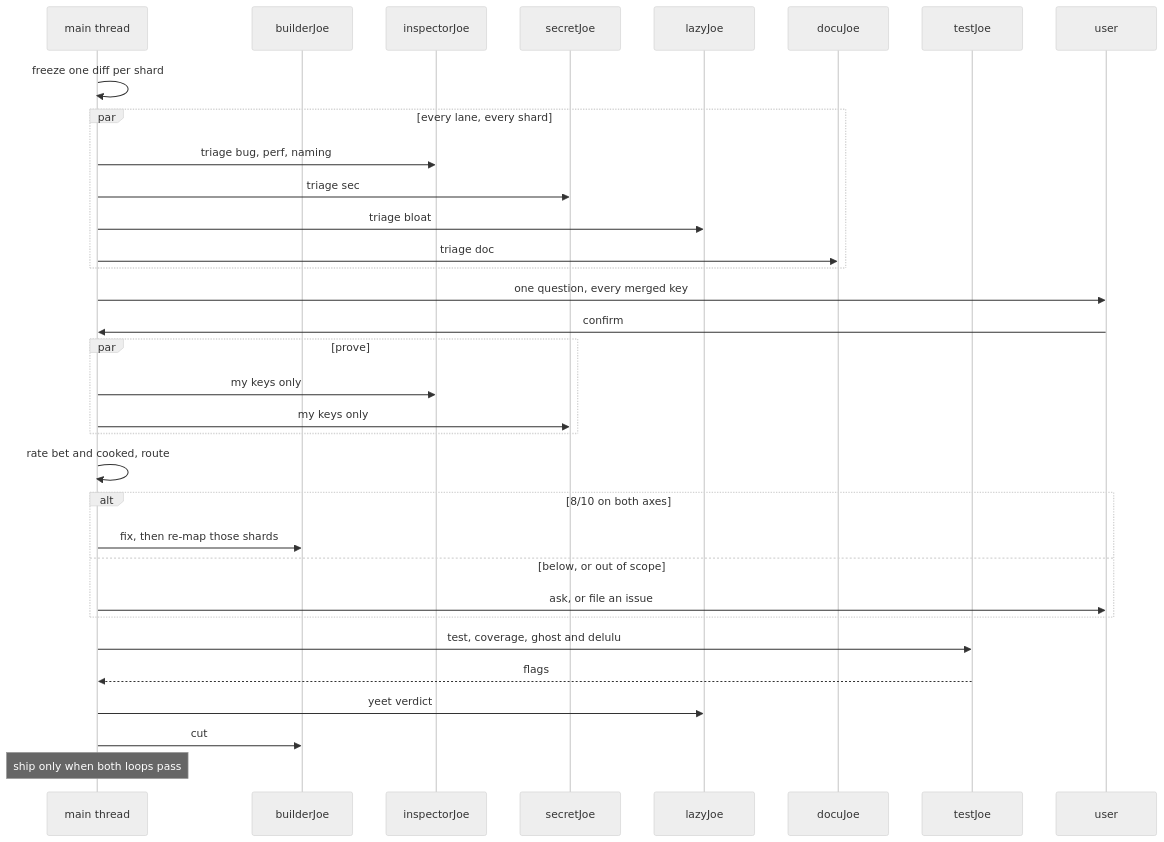
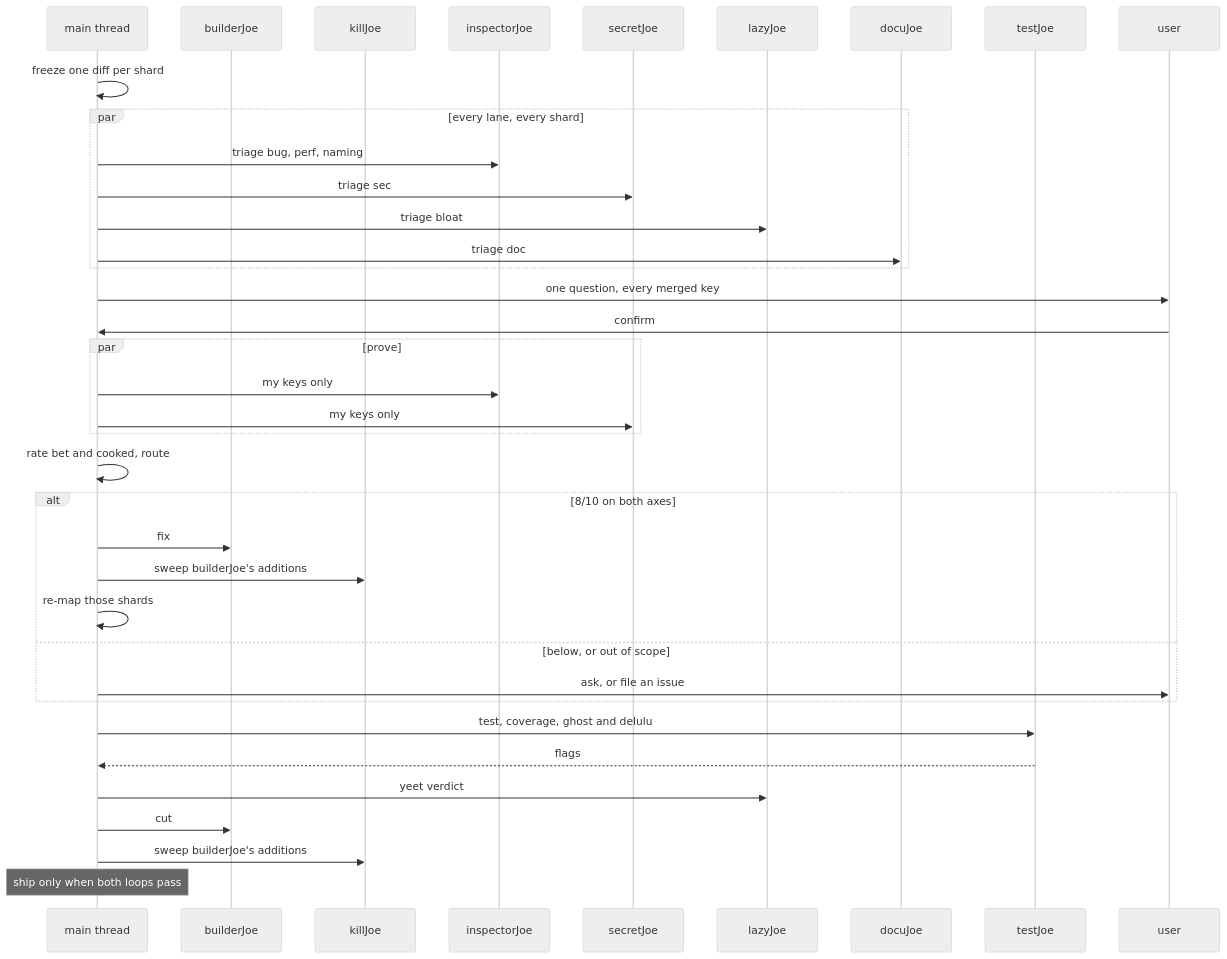
The diagram in skills/superjoe/SKILL.md (codingjoe/superjoe), drawn with Mermaid (neutral theme) before and after one commit. The commit also changed other lines of this file and 6 other files, not shown here.

Commit message:
Add killJoe sweep agent and remove debt tracking

````diff
--- a/skills/superjoe/SKILL.md
+++ b/skills/superjoe/SKILL.md
@@ -211,36 +216,40 @@
 ```mermaid
 sequenceDiagram
     participant Main as main thread
     participant B as builderJoe
+    participant K as killJoe
     participant I as inspectorJoe
     participant S as secretJoe
     participant L as lazyJoe
     participant D as docuJoe
     participant T as testJoe
     participant U as user
 
     Main->>Main: freeze one diff per shard
     par every lane, every shard
         Main->>I: triage bug, perf, naming
         Main->>S: triage sec
         Main->>L: triage bloat
         Main->>D: triage doc
     end
     Main->>U: one question, every merged key
     U->>Main: confirm
     par prove
         Main->>I: my keys only
         Main->>S: my keys only
     end
     Main->>Main: rate bet and cooked, route
     alt 8/10 on both axes
-        Main->>B: fix, then re-map those shards
+        Main->>B: fix
+        Main->>K: sweep builderJoe's additions
+        Main->>Main: re-map those shards
     else below, or out of scope
         Main->>U: ask, or file an issue
     end
     Main->>T: test, coverage, ghost and delulu
     T-->>Main: flags
     Main->>L: yeet verdict
     Main->>B: cut
+    Main->>K: sweep builderJoe's additions
     Note over Main: ship only when both loops pass
 ```
````
